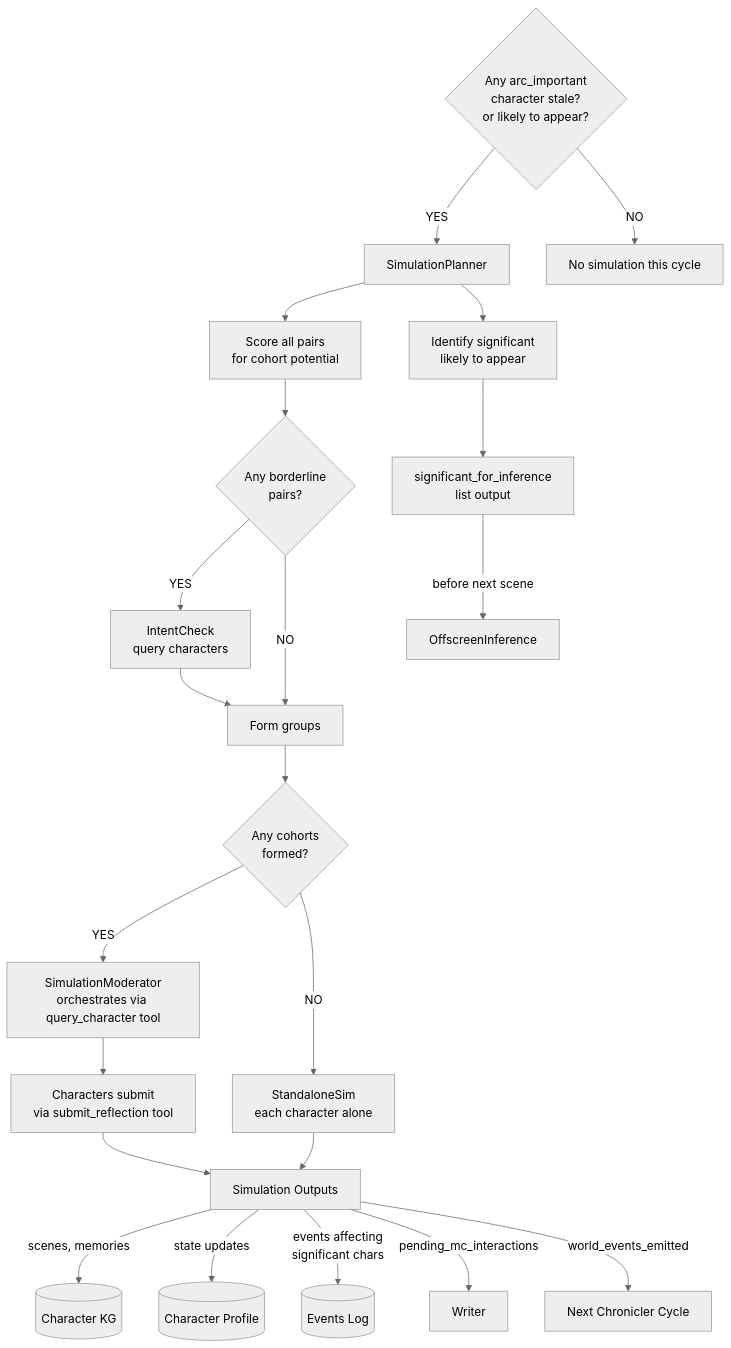
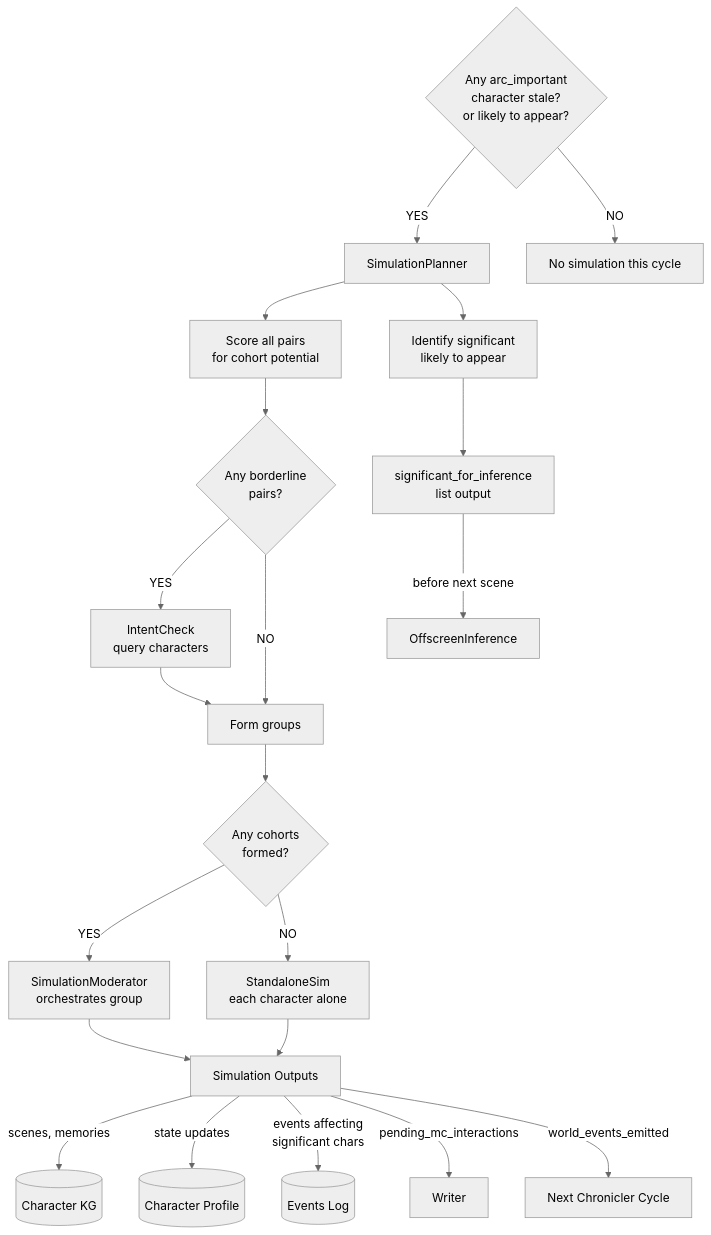
The third of 5 diagrams in doc/adr/SimulationSystemDesign.md (Czopenchauer/FableCraft), drawn with Mermaid (neutral theme) before and after one commit. The commit also changed other lines of this file and 7 other files, not shown here.

````diff
--- a/doc/adr/SimulationSystemDesign.md
+++ b/doc/adr/SimulationSystemDesign.md
@@ -441,32 +439,31 @@
 ```mermaid
 flowchart TD
     Q{Any arc_important<br/>character stale?<br/>or likely to appear?}
     Q -->|YES| Plan[SimulationPlanner]
     Q -->|NO| Skip[No simulation this cycle]
     
     Plan --> Score[Score all pairs<br/>for cohort potential]
     Score --> Uncertain{Any borderline<br/>pairs?}
     
     Uncertain -->|YES| IC[IntentCheck<br/>query characters]
     Uncertain -->|NO| Form[Form groups]
     IC --> Form
     
     Form --> Check{Any cohorts<br/>formed?}
-    Check -->|YES| Cohort[SimulationModerator<br/>orchestrates via query_character tool]
+    Check -->|YES| Cohort[SimulationModerator<br/>orchestrates group]
     Check -->|NO| Standalone[StandaloneSim<br/>each character alone]
     
     Plan --> SigPlan[Identify significant<br/>likely to appear]
     SigPlan --> SigOut[significant_for_inference<br/>list output]
     
-    Cohort --> CharOut[Characters submit<br/>via submit_reflection tool]
-    Standalone --> Out[Simulation Outputs]
-    CharOut --> Out
+    Cohort --> Out[Simulation Outputs]
+    Standalone --> Out
     
     Out -->|scenes, memories| CharKG[(Character KG)]
     Out -->|state updates| Profile[(Character Profile)]
     Out -->|events affecting<br/>significant chars| EventsLog[(Events Log)]
     Out -->|pending_mc_interactions| Writer
     Out -->|world_events_emitted| NextChronicler[Next Chronicler Cycle]
     
     SigOut -->|before next scene| OI[OffscreenInference]
 ```
````
